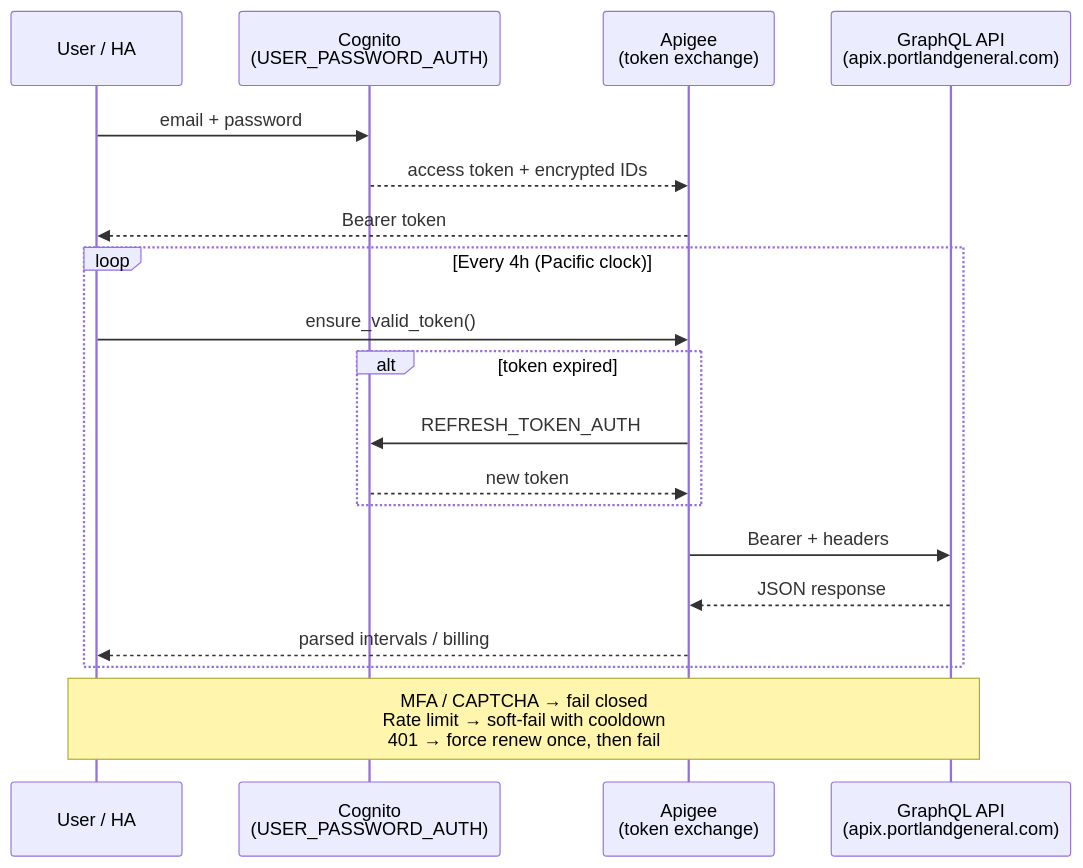
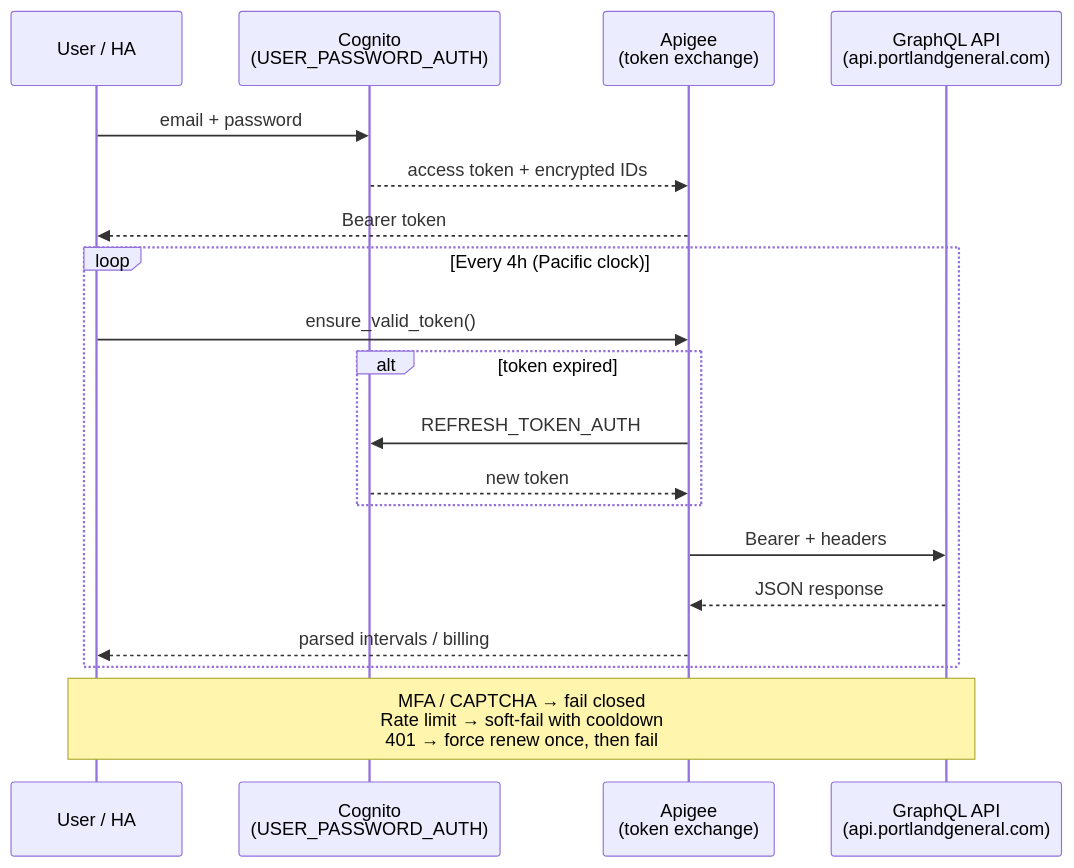
Before and after one commit to spencerthayer/homeassistant-pge: the first of 3 diagrams in README.md, drawn with Mermaid. The commit also changed 13 other files, not shown here.

Commit message:
fix references to the api back to api.portlandgeneral.com

````diff
--- a/README.md
+++ b/README.md
@@ -91,24 +91,24 @@
 ```mermaid
 sequenceDiagram
     participant U as User / HA
     participant C as Cognito<br/>(USER_PASSWORD_AUTH)
     participant A as Apigee<br/>(token exchange)
-    participant G as GraphQL API<br/>(apix.portlandgeneral.com)
+    participant G as GraphQL API<br/>(api.portlandgeneral.com)
 
     U->>C: email + password
     C-->>A: access token + encrypted IDs
     A-->>U: Bearer token
 
     loop Every 4h (Pacific clock)
         U->>A: ensure_valid_token()
         alt token expired
             A->>C: REFRESH_TOKEN_AUTH
             C-->>A: new token
         end
         A->>G: Bearer + headers
         G-->>A: JSON response
         A-->>U: parsed intervals / billing
     end
 
     Note over U,G: MFA / CAPTCHA → fail closed<br/>Rate limit → soft-fail with cooldown<br/>401 → force renew once, then fail
 ```
````
